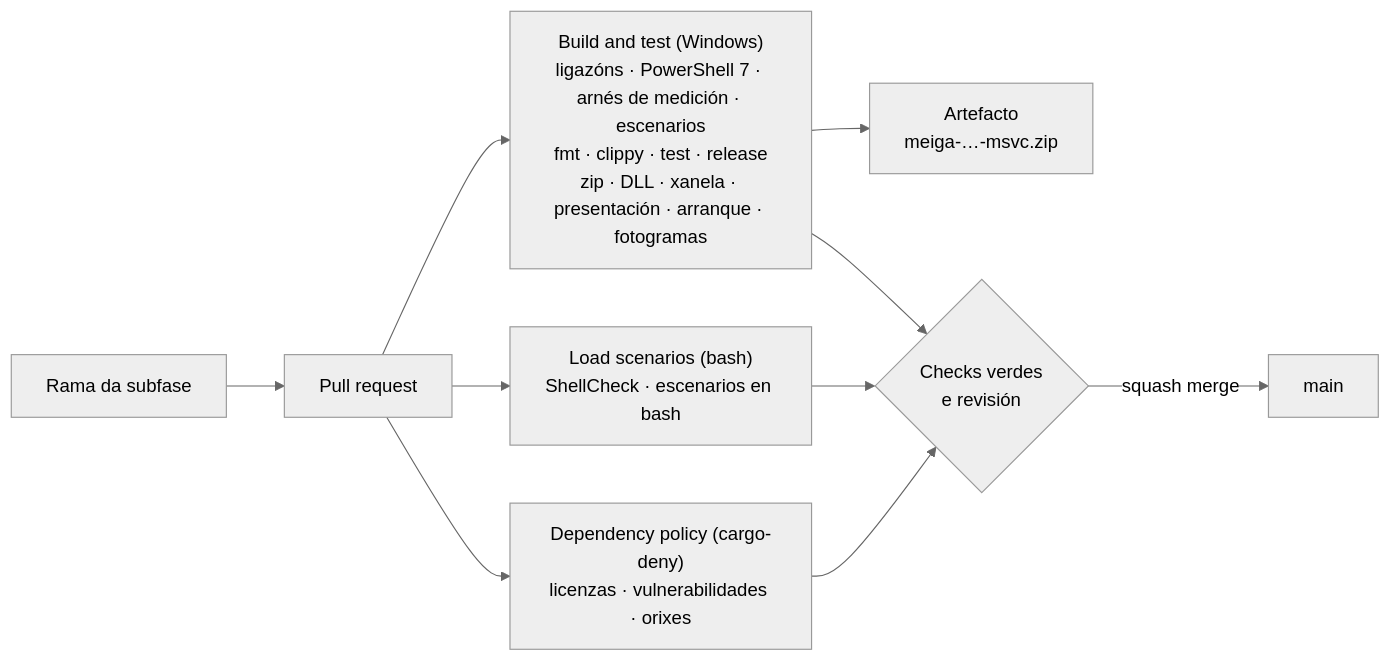
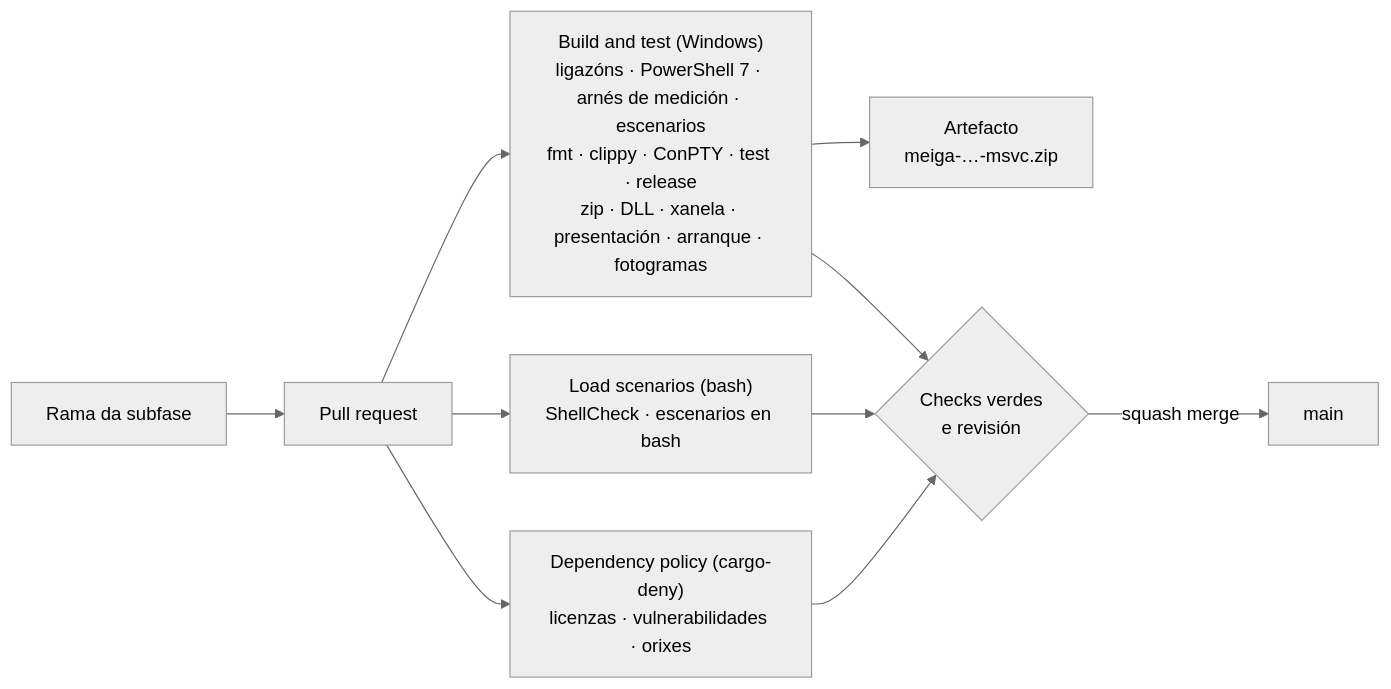
The sixth of 8 diagrams in docs/arquitectura.md (NewHouses/meiga), drawn with Mermaid (neutral theme) before and after one commit. The commit also changed other lines of this file and 29 other files, not shown here.

First line of the commit message:
1.4: ConPTY (#10)

````diff
--- a/docs/arquitectura.md
+++ b/docs/arquitectura.md
@@ -157,12 +180,12 @@
 ```mermaid
 flowchart LR
     rama["Rama da subfase"] --> pr["Pull request"]
-    pr --> win["Build and test (Windows)<br/>ligazóns · PowerShell 7 · arnés de medición · escenarios<br/>fmt · clippy · test · release<br/>zip · DLL · xanela · presentación · arranque · fotogramas"]
+    pr --> win["Build and test (Windows)<br/>ligazóns · PowerShell 7 · arnés de medición · escenarios<br/>fmt · clippy · ConPTY · test · release<br/>zip · DLL · xanela · presentación · arranque · fotogramas"]
     pr --> scen["Load scenarios (bash)<br/>ShellCheck · escenarios en bash"]
     pr --> deny["Dependency policy (cargo-deny)<br/>licenzas · vulnerabilidades · orixes"]
     win --> art["Artefacto<br/>meiga-…-msvc.zip"]
     win --> ok{"Checks verdes<br/>e revisión"}
     scen --> ok
     deny --> ok
     ok -->|squash merge| main["main"]
 ```
````
